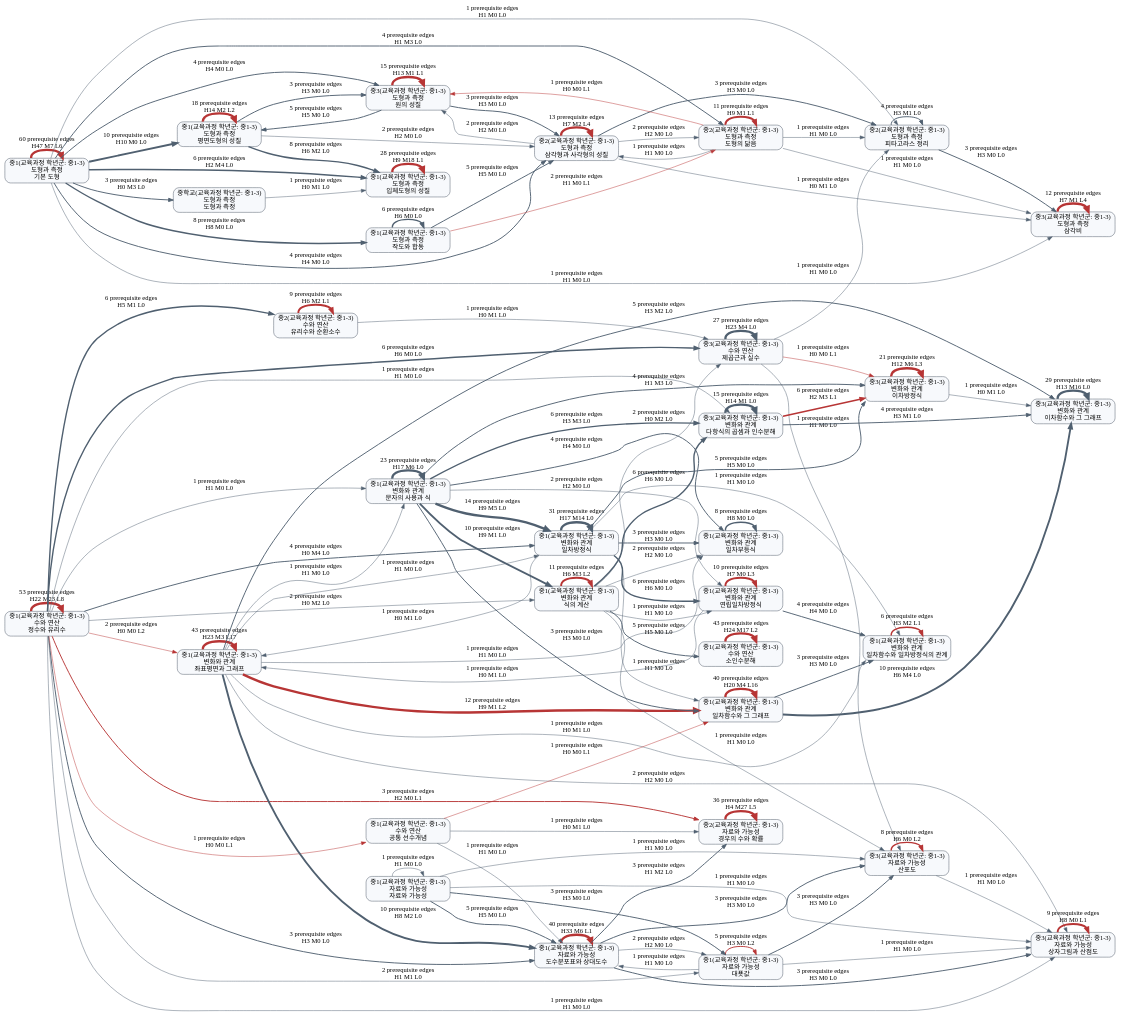
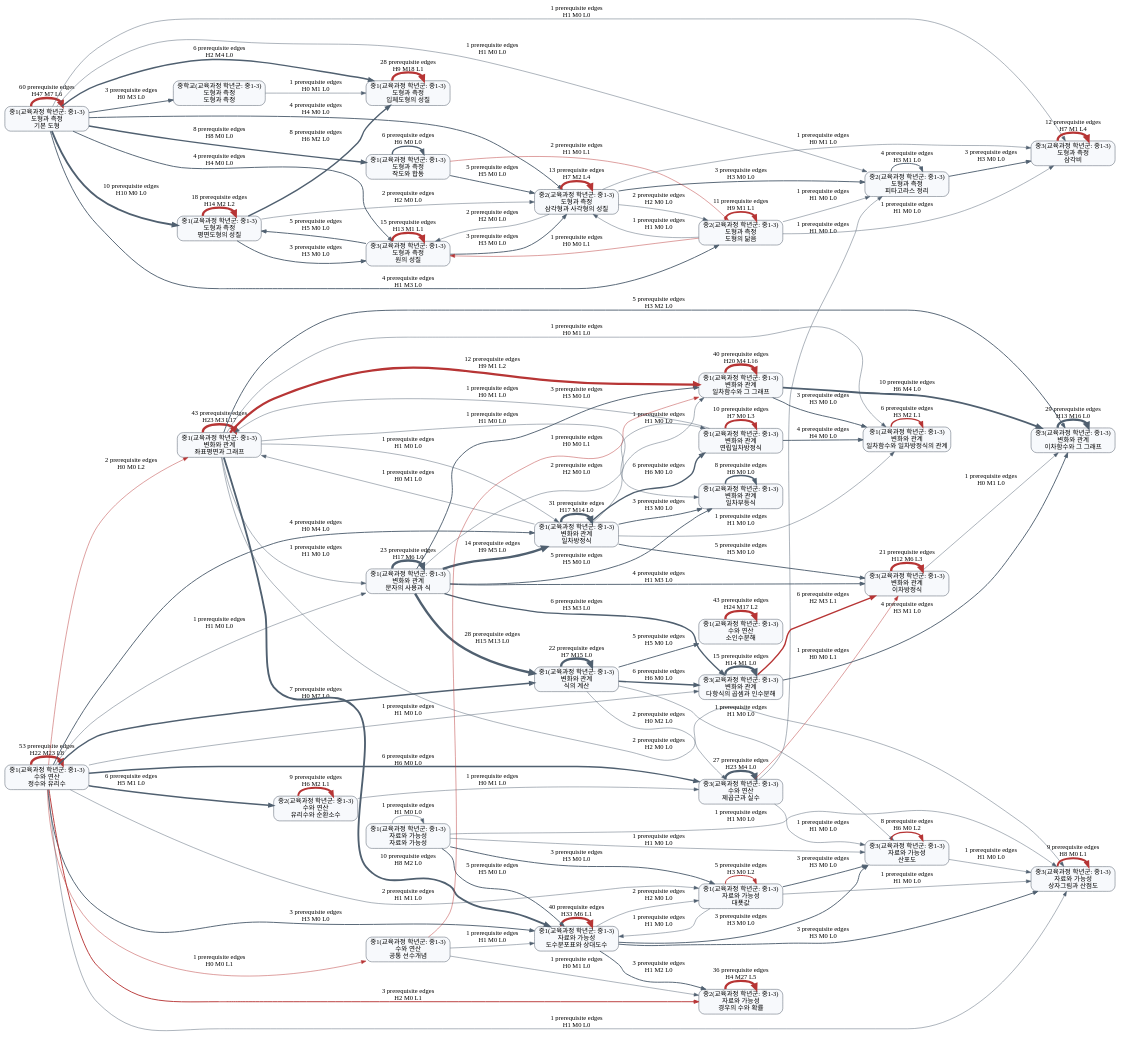
One commit to BeomjinSouth/Seteuk changed the diagram in 교육과정 모음 정리본/docs/math-concept-map/prerequisite-unit-graph.dot. Above: the diagram before and after it, drawn with Graphviz. The commit also changed 85 other files, not shown here.

```diff
--- a/교육과정 모음 정리본/docs/math-concept-map/prerequisite-unit-graph.dot
+++ b/교육과정 모음 정리본/docs/math-concept-map/prerequisite-unit-graph.dot
@@ -14,15 +14,15 @@
   unit_008 [label="중1(교육과정 학년군: 중1-3)\n변화와 관계\n일차방정식"];
   unit_009 [label="중3(교육과정 학년군: 중1-3)\n변화와 관계\n이차함수와 그 그래프"];
   unit_010 [label="중1(교육과정 학년군: 중1-3)\n도형과 측정\n입체도형의 성질"];
-  unit_011 [label="중3(교육과정 학년군: 중1-3)\n수와 연산\n제곱근과 실수"];
-  unit_012 [label="중1(교육과정 학년군: 중1-3)\n변화와 관계\n문자의 사용과 식"];
-  unit_013 [label="중3(교육과정 학년군: 중1-3)\n변화와 관계\n이차방정식"];
-  unit_014 [label="중1(교육과정 학년군: 중1-3)\n도형과 측정\n평면도형의 성질"];
-  unit_015 [label="중3(교육과정 학년군: 중1-3)\n도형과 측정\n원의 성질"];
-  unit_016 [label="중3(교육과정 학년군: 중1-3)\n변화와 관계\n다항식의 곱셈과 인수분해"];
-  unit_017 [label="중2(교육과정 학년군: 중1-3)\n도형과 측정\n삼각형과 사각형의 성질"];
-  unit_018 [label="중3(교육과정 학년군: 중1-3)\n도형과 측정\n삼각비"];
-  unit_019 [label="중1(교육과정 학년군: 중1-3)\n변화와 관계\n식의 계산"];
+  unit_011 [label="중1(교육과정 학년군: 중1-3)\n변화와 관계\n문자의 사용과 식"];
+  unit_012 [label="중1(교육과정 학년군: 중1-3)\n변화와 관계\n식의 계산"];
+  unit_013 [label="중3(교육과정 학년군: 중1-3)\n수와 연산\n제곱근과 실수"];
+  unit_014 [label="중3(교육과정 학년군: 중1-3)\n변화와 관계\n이차방정식"];
+  unit_015 [label="중1(교육과정 학년군: 중1-3)\n도형과 측정\n평면도형의 성질"];
+  unit_016 [label="중3(교육과정 학년군: 중1-3)\n도형과 측정\n원의 성질"];
+  unit_017 [label="중3(교육과정 학년군: 중1-3)\n변화와 관계\n다항식의 곱셈과 인수분해"];
+  unit_018 [label="중2(교육과정 학년군: 중1-3)\n도형과 측정\n삼각형과 사각형의 성질"];
+  unit_019 [label="중3(교육과정 학년군: 중1-3)\n도형과 측정\n삼각비"];
   unit_020 [label="중2(교육과정 학년군: 중1-3)\n도형과 측정\n도형의 닮음"];
   unit_021 [label="중1(교육과정 학년군: 중1-3)\n변화와 관계\n연립일차방정식"];
   unit_022 [label="중2(교육과정 학년군: 중1-3)\n수와 연산\n유리수와 순환소수"];
@@ -47,57 +47,58 @@
   unit_008 -> unit_008 [label="31 prerequisite edges\nH17 M14 L0", color="#506070", penwidth=5];
   unit_009 -> unit_009 [label="29 prerequisite edges\nH13 M16 L0", color="#506070", penwidth=5];
   unit_010 -> unit_010 [label="28 prerequisite edges\nH9 M18 L1", color="#b73535", penwidth=5];
-  unit_011 -> unit_011 [label="27 prerequisite edges\nH23 M4 L0", color="#506070", penwidth=5];
-  unit_012 -> unit_012 [label="23 prerequisite edges\nH17 M6 L0", color="#506070", penwidth=5];
-  unit_013 -> unit_013 [label="21 prerequisite edges\nH12 M6 L3", color="#b73535", penwidth=5];
-  unit_014 -> unit_014 [label="18 prerequisite edges\nH14 M2 L2", color="#b73535", penwidth=5];
-  unit_015 -> unit_015 [label="15 prerequisite edges\nH13 M1 L1", color="#b73535", penwidth=5];
-  unit_016 -> unit_016 [label="15 prerequisite edges\nH14 M1 L0", color="#506070", penwidth=5];
-  unit_012 -> unit_008 [label="14 prerequisite edges\nH9 M5 L0", color="#506070", penwidth=5];
-  unit_017 -> unit_017 [label="13 prerequisite edges\nH7 M2 L4", color="#b73535", penwidth=5];
+  unit_011 -> unit_012 [label="28 prerequisite edges\nH15 M13 L0", color="#506070", penwidth=5];
+  unit_013 -> unit_013 [label="27 prerequisite edges\nH23 M4 L0", color="#506070", penwidth=5];
+  unit_011 -> unit_011 [label="23 prerequisite edges\nH17 M6 L0", color="#506070", penwidth=5];
+  unit_012 -> unit_012 [label="22 prerequisite edges\nH7 M15 L0", color="#506070", penwidth=5];
+  unit_014 -> unit_014 [label="21 prerequisite edges\nH12 M6 L3", color="#b73535", penwidth=5];
+  unit_015 -> unit_015 [label="18 prerequisite edges\nH14 M2 L2", color="#b73535", penwidth=5];
+  unit_016 -> unit_016 [label="15 prerequisite edges\nH13 M1 L1", color="#b73535", penwidth=5];
+  unit_017 -> unit_017 [label="15 prerequisite edges\nH14 M1 L0", color="#506070", penwidth=5];
+  unit_011 -> unit_008 [label="14 prerequisite edges\nH9 M5 L0", color="#506070", penwidth=5];
+  unit_018 -> unit_018 [label="13 prerequisite edges\nH7 M2 L4", color="#b73535", penwidth=5];
   unit_003 -> unit_005 [label="12 prerequisite edges\nH9 M1 L2", color="#b73535", penwidth=5];
-  unit_018 -> unit_018 [label="12 prerequisite edges\nH7 M1 L4", color="#b73535", penwidth=5];
-  unit_019 -> unit_019 [label="11 prerequisite edges\nH6 M3 L2", color="#b73535", penwidth=4];
+  unit_019 -> unit_019 [label="12 prerequisite edges\nH7 M1 L4", color="#b73535", penwidth=5];
   unit_020 -> unit_020 [label="11 prerequisite edges\nH9 M1 L1", color="#b73535", penwidth=4];
-  unit_001 -> unit_014 [label="10 prerequisite edges\nH10 M0 L0", color="#506070", penwidth=4];
-  unit_012 -> unit_019 [label="10 prerequisite edges\nH9 M1 L0", color="#506070", penwidth=4];
+  unit_001 -> unit_015 [label="10 prerequisite edges\nH10 M0 L0", color="#506070", penwidth=4];
   unit_021 -> unit_021 [label="10 prerequisite edges\nH7 M0 L3", color="#b73535", penwidth=4];
   unit_005 -> unit_009 [label="10 prerequisite edges\nH6 M4 L0", color="#506070", penwidth=4];
   unit_003 -> unit_006 [label="10 prerequisite edges\nH8 M2 L0", color="#506070", penwidth=4];
   unit_022 -> unit_022 [label="9 prerequisite edges\nH6 M2 L1", color="#b73535", penwidth=4];
   unit_023 -> unit_023 [label="9 prerequisite edges\nH8 M0 L1", color="#b73535", penwidth=4];
   unit_001 -> unit_024 [label="8 prerequisite edges\nH8 M0 L0", color="#506070", penwidth=3];
-  unit_014 -> unit_010 [label="8 prerequisite edges\nH6 M2 L0", color="#506070", penwidth=3];
+  unit_015 -> unit_010 [label="8 prerequisite edges\nH6 M2 L0", color="#506070", penwidth=3];
   unit_025 -> unit_025 [label="8 prerequisite edges\nH8 M0 L0", color="#506070", penwidth=3];
   unit_026 -> unit_026 [label="8 prerequisite edges\nH6 M0 L2", color="#b73535", penwidth=3];
+  unit_002 -> unit_012 [label="7 prerequisite edges\nH0 M7 L0", color="#506070", penwidth=3];
   unit_001 -> unit_010 [label="6 prerequisite edges\nH2 M4 L0", color="#506070", penwidth=3];
   unit_024 -> unit_024 [label="6 prerequisite edges\nH6 M0 L0", color="#506070", penwidth=3];
-  unit_012 -> unit_016 [label="6 prerequisite edges\nH3 M3 L0", color="#506070", penwidth=3];
-  unit_019 -> unit_016 [label="6 prerequisite edges\nH6 M0 L0", color="#506070", penwidth=3];
+  unit_011 -> unit_017 [label="6 prerequisite edges\nH3 M3 L0", color="#506070", penwidth=3];
+  unit_012 -> unit_017 [label="6 prerequisite edges\nH6 M0 L0", color="#506070", penwidth=3];
   unit_008 -> unit_021 [label="6 prerequisite edges\nH6 M0 L0", color="#506070", penwidth=3];
   unit_027 -> unit_027 [label="6 prerequisite edges\nH3 M2 L1", color="#b73535", penwidth=3];
   unit_002 -> unit_022 [label="6 prerequisite edges\nH5 M1 L0", color="#506070", penwidth=3];
-  unit_002 -> unit_011 [label="6 prerequisite edges\nH6 M0 L0", color="#506070", penwidth=3];
-  unit_016 -> unit_013 [label="6 prerequisite edges\nH2 M3 L1", color="#b73535", penwidth=3];
-  unit_024 -> unit_017 [label="5 prerequisite edges\nH5 M0 L0", color="#506070", penwidth=2];
-  unit_019 -> unit_004 [label="5 prerequisite edges\nH5 M0 L0", color="#506070", penwidth=2];
-  unit_008 -> unit_013 [label="5 prerequisite edges\nH5 M0 L0", color="#506070", penwidth=2];
+  unit_002 -> unit_013 [label="6 prerequisite edges\nH6 M0 L0", color="#506070", penwidth=3];
+  unit_017 -> unit_014 [label="6 prerequisite edges\nH2 M3 L1", color="#b73535", penwidth=3];
+  unit_024 -> unit_018 [label="5 prerequisite edges\nH5 M0 L0", color="#506070", penwidth=2];
+  unit_011 -> unit_025 [label="5 prerequisite edges\nH5 M0 L0", color="#506070", penwidth=2];
+  unit_012 -> unit_004 [label="5 prerequisite edges\nH5 M0 L0", color="#506070", penwidth=2];
+  unit_008 -> unit_014 [label="5 prerequisite edges\nH5 M0 L0", color="#506070", penwidth=2];
   unit_003 -> unit_009 [label="5 prerequisite edges\nH3 M2 L0", color="#506070", penwidth=2];
   unit_028 -> unit_028 [label="5 prerequisite edges\nH3 M0 L2", color="#b73535", penwidth=2];
   unit_029 -> unit_006 [label="5 prerequisite edges\nH5 M0 L0", color="#506070", penwidth=2];
-  unit_015 -> unit_014 [label="5 prerequisite edges\nH5 M0 L0", color="#506070", penwidth=2];
+  unit_016 -> unit_015 [label="5 prerequisite edges\nH5 M0 L0", color="#506070", penwidth=2];
   unit_001 -> unit_020 [label="4 prerequisite edges\nH1 M3 L0", color="#506070", penwidth=2];
-  unit_001 -> unit_017 [label="4 prerequisite edges\nH4 M0 L0", color="#506070", penwidth=2];
-  unit_001 -> unit_015 [label="4 prerequisite edges\nH4 M0 L0", color="#506070", penwidth=2];
-  unit_012 -> unit_025 [label="4 prerequisite edges\nH4 M0 L0", color="#506070", penwidth=2];
-  unit_012 -> unit_013 [label="4 prerequisite edges\nH1 M3 L0", color="#506070", penwidth=2];
+  unit_001 -> unit_018 [label="4 prerequisite edges\nH4 M0 L0", color="#506070", penwidth=2];
+  unit_001 -> unit_016 [label="4 prerequisite edges\nH4 M0 L0", color="#506070", penwidth=2];
+  unit_011 -> unit_014 [label="4 prerequisite edges\nH1 M3 L0", color="#506070", penwidth=2];
   unit_021 -> unit_027 [label="4 prerequisite edges\nH4 M0 L0", color="#506070", penwidth=2];
   unit_002 -> unit_008 [label="4 prerequisite edges\nH0 M4 L0", color="#506070", penwidth=2];
   unit_030 -> unit_030 [label="4 prerequisite edges\nH3 M1 L0", color="#506070", penwidth=2];
-  unit_016 -> unit_009 [label="4 prerequisite edges\nH3 M1 L0", color="#506070", penwidth=2];
+  unit_017 -> unit_009 [label="4 prerequisite edges\nH3 M1 L0", color="#506070", penwidth=2];
   unit_001 -> unit_031 [label="3 prerequisite edges\nH0 M3 L0", color="#506070", penwidth=2];
-  unit_014 -> unit_015 [label="3 prerequisite edges\nH3 M0 L0", color="#506070", penwidth=2];
-  unit_012 -> unit_005 [label="3 prerequisite edges\nH3 M0 L0", color="#506070", penwidth=2];
+  unit_015 -> unit_016 [label="3 prerequisite edges\nH3 M0 L0", color="#506070", penwidth=2];
+  unit_011 -> unit_005 [label="3 prerequisite edges\nH3 M0 L0", color="#506070", penwidth=2];
   unit_008 -> unit_025 [label="3 prerequisite edges\nH3 M0 L0", color="#506070", penwidth=2];
   unit_005 -> unit_027 [label="3 prerequisite edges\nH3 M0 L0", color="#506070", penwidth=2];
   unit_002 -> unit_006 [label="3 prerequisite edges\nH3 M0 L0", color="#506070", penwidth=2];
@@ -107,55 +108,52 @@
   unit_006 -> unit_026 [label="3 prerequisite edges\nH3 M0 L0", color="#506070", penwidth=2];
   unit_006 -> unit_023 [label="3 prerequisite edges\nH3 M0 L0", color="#506070", penwidth=2];
   unit_029 -> unit_028 [label="3 prerequisite edges\nH3 M0 L0", color="#506070", penwidth=2];
-  unit_017 -> unit_030 [label="3 prerequisite edges\nH3 M0 L0", color="#506070", penwidth=2];
-  unit_030 -> unit_018 [label="3 prerequisite edges\nH3 M0 L0", color="#506070", penwidth=2];
-  unit_015 -> unit_017 [label="3 prerequisite edges\nH3 M0 L0", color="#506070", penwidth=2];
+  unit_018 -> unit_030 [label="3 prerequisite edges\nH3 M0 L0", color="#506070", penwidth=2];
+  unit_030 -> unit_019 [label="3 prerequisite edges\nH3 M0 L0", color="#506070", penwidth=2];
+  unit_016 -> unit_018 [label="3 prerequisite edges\nH3 M0 L0", color="#506070", penwidth=2];
   unit_024 -> unit_020 [label="2 prerequisite edges\nH1 M0 L1", color="#b73535", penwidth=1];
-  unit_014 -> unit_017 [label="2 prerequisite edges\nH2 M0 L0", color="#506070", penwidth=1];
-  unit_012 -> unit_021 [label="2 prerequisite edges\nH2 M0 L0", color="#506070", penwidth=1];
-  unit_019 -> unit_025 [label="2 prerequisite edges\nH2 M0 L0", color="#506070", penwidth=1];
-  unit_019 -> unit_011 [label="2 prerequisite edges\nH0 M2 L0", color="#506070", penwidth=1];
+  unit_015 -> unit_018 [label="2 prerequisite edges\nH2 M0 L0", color="#506070", penwidth=1];
+  unit_011 -> unit_021 [label="2 prerequisite edges\nH2 M0 L0", color="#506070", penwidth=1];
+  unit_012 -> unit_013 [label="2 prerequisite edges\nH0 M2 L0", color="#506070", penwidth=1];
   unit_003 -> unit_023 [label="2 prerequisite edges\nH2 M0 L0", color="#506070", penwidth=1];
-  unit_002 -> unit_019 [label="2 prerequisite edges\nH0 M2 L0", color="#506070", penwidth=1];
   unit_002 -> unit_003 [label="2 prerequisite edges\nH0 M0 L2", color="#b73535", penwidth=1];
   unit_002 -> unit_028 [label="2 prerequisite edges\nH1 M1 L0", color="#506070", penwidth=1];
   unit_006 -> unit_028 [label="2 prerequisite edges\nH2 M0 L0", color="#506070", penwidth=1];
-  unit_017 -> unit_020 [label="2 prerequisite edges\nH2 M0 L0", color="#506070", penwidth=1];
-  unit_017 -> unit_015 [label="2 prerequisite edges\nH2 M0 L0", color="#506070", penwidth=1];
+  unit_018 -> unit_020 [label="2 prerequisite edges\nH2 M0 L0", color="#506070", penwidth=1];
+  unit_018 -> unit_016 [label="2 prerequisite edges\nH2 M0 L0", color="#506070", penwidth=1];
   unit_001 -> unit_030 [label="1 prerequisite edges\nH1 M0 L0", color="#506070", penwidth=1];
-  unit_001 -> unit_018 [label="1 prerequisite edges\nH1 M0 L0", color="#506070", penwidth=1];
-  unit_019 -> unit_021 [label="1 prerequisite edges\nH1 M0 L0", color="#506070", penwidth=1];
-  unit_019 -> unit_026 [label="1 prerequisite edges\nH1 M0 L0", color="#506070", penwidth=1];
+  unit_001 -> unit_019 [label="1 prerequisite edges\nH1 M0 L0", color="#506070", penwidth=1];
+  unit_012 -> unit_026 [label="1 prerequisite edges\nH1 M0 L0", color="#506070", penwidth=1];
   unit_021 -> unit_003 [label="1 prerequisite edges\nH0 M1 L0", color="#506070", penwidth=1];
   unit_008 -> unit_005 [label="1 prerequisite edges\nH1 M0 L0", color="#506070", penwidth=1];
   unit_008 -> unit_027 [label="1 prerequisite edges\nH1 M0 L0", color="#506070", penwidth=1];
   unit_008 -> unit_003 [label="1 prerequisite edges\nH0 M1 L0", color="#506070", penwidth=1];
-  unit_003 -> unit_012 [label="1 prerequisite edges\nH1 M0 L0", color="#506070", penwidth=1];
+  unit_003 -> unit_011 [label="1 prerequisite edges\nH1 M0 L0", color="#506070", penwidth=1];
   unit_003 -> unit_008 [label="1 prerequisite edges\nH1 M0 L0", color="#506070", penwidth=1];
   unit_003 -> unit_025 [label="1 prerequisite edges\nH1 M0 L0", color="#506070", penwidth=1];
   unit_003 -> unit_027 [label="1 prerequisite edges\nH0 M1 L0", color="#506070", penwidth=1];
   unit_032 -> unit_005 [label="1 prerequisite edges\nH0 M0 L1", color="#b73535", penwidth=1];
   unit_032 -> unit_006 [label="1 prerequisite edges\nH1 M0 L0", color="#506070", penwidth=1];
   unit_032 -> unit_007 [label="1 prerequisite edges\nH0 M1 L0", color="#506070", penwidth=1];
-  unit_002 -> unit_012 [label="1 prerequisite edges\nH1 M0 L0", color="#506070", penwidth=1];
+  unit_002 -> unit_011 [label="1 prerequisite edges\nH1 M0 L0", color="#506070", penwidth=1];
   unit_002 -> unit_032 [label="1 prerequisite edges\nH0 M0 L1", color="#b73535", penwidth=1];
-  unit_002 -> unit_016 [label="1 prerequisite edges\nH1 M0 L0", color="#506070", penwidth=1];
+  unit_002 -> unit_017 [label="1 prerequisite edges\nH1 M0 L0", color="#506070", penwidth=1];
   unit_002 -> unit_023 [label="1 prerequisite edges\nH1 M0 L0", color="#506070", penwidth=1];
   unit_028 -> unit_006 [label="1 prerequisite edges\nH1 M0 L0", color="#506070", penwidth=1];
   unit_028 -> unit_023 [label="1 prerequisite edges\nH1 M0 L0", color="#506070", penwidth=1];
   unit_029 -> unit_029 [label="1 prerequisite edges\nH1 M0 L0", color="#506070", penwidth=1];
   unit_029 -> unit_026 [label="1 prerequisite edges\nH1 M0 L0", color="#506070", penwidth=1];
   unit_029 -> unit_023 [label="1 prerequisite edges\nH1 M0 L0", color="#506070", penwidth=1];
-  unit_020 -> unit_017 [label="1 prerequisite edges\nH1 M0 L0", color="#506070", penwidth=1];
+  unit_020 -> unit_018 [label="1 prerequisite edges\nH1 M0 L0", color="#506070", penwidth=1];
   unit_020 -> unit_030 [label="1 prerequisite edges\nH1 M0 L0", color="#506070", penwidth=1];
-  unit_020 -> unit_018 [label="1 prerequisite edges\nH1 M0 L0", color="#506070", penwidth=1];
-  unit_020 -> unit_015 [label="1 prerequisite edges\nH0 M0 L1", color="#b73535", penwidth=1];
-  unit_017 -> unit_018 [label="1 prerequisite edges\nH0 M1 L0", color="#506070", penwidth=1];
-  unit_022 -> unit_011 [label="1 prerequisite edges\nH0 M1 L0", color="#506070", penwidth=1];
-  unit_013 -> unit_009 [label="1 prerequisite edges\nH0 M1 L0", color="#506070", penwidth=1];
-  unit_011 -> unit_030 [label="1 prerequisite edges\nH1 M0 L0", color="#506070", penwidth=1];
-  unit_011 -> unit_013 [label="1 prerequisite edges\nH0 M0 L1", color="#b73535", penwidth=1];
-  unit_011 -> unit_026 [label="1 prerequisite edges\nH1 M0 L0", color="#506070", penwidth=1];
+  unit_020 -> unit_019 [label="1 prerequisite edges\nH1 M0 L0", color="#506070", penwidth=1];
+  unit_020 -> unit_016 [label="1 prerequisite edges\nH0 M0 L1", color="#b73535", penwidth=1];
+  unit_018 -> unit_019 [label="1 prerequisite edges\nH0 M1 L0", color="#506070", penwidth=1];
+  unit_022 -> unit_013 [label="1 prerequisite edges\nH0 M1 L0", color="#506070", penwidth=1];
+  unit_014 -> unit_009 [label="1 prerequisite edges\nH0 M1 L0", color="#506070", penwidth=1];
+  unit_013 -> unit_030 [label="1 prerequisite edges\nH1 M0 L0", color="#506070", penwidth=1];
+  unit_013 -> unit_014 [label="1 prerequisite edges\nH0 M0 L1", color="#b73535", penwidth=1];
+  unit_013 -> unit_026 [label="1 prerequisite edges\nH1 M0 L0", color="#506070", penwidth=1];
   unit_026 -> unit_023 [label="1 prerequisite edges\nH1 M0 L0", color="#506070", penwidth=1];
   unit_031 -> unit_010 [label="1 prerequisite edges\nH0 M1 L0", color="#506070", penwidth=1];
 }
```
